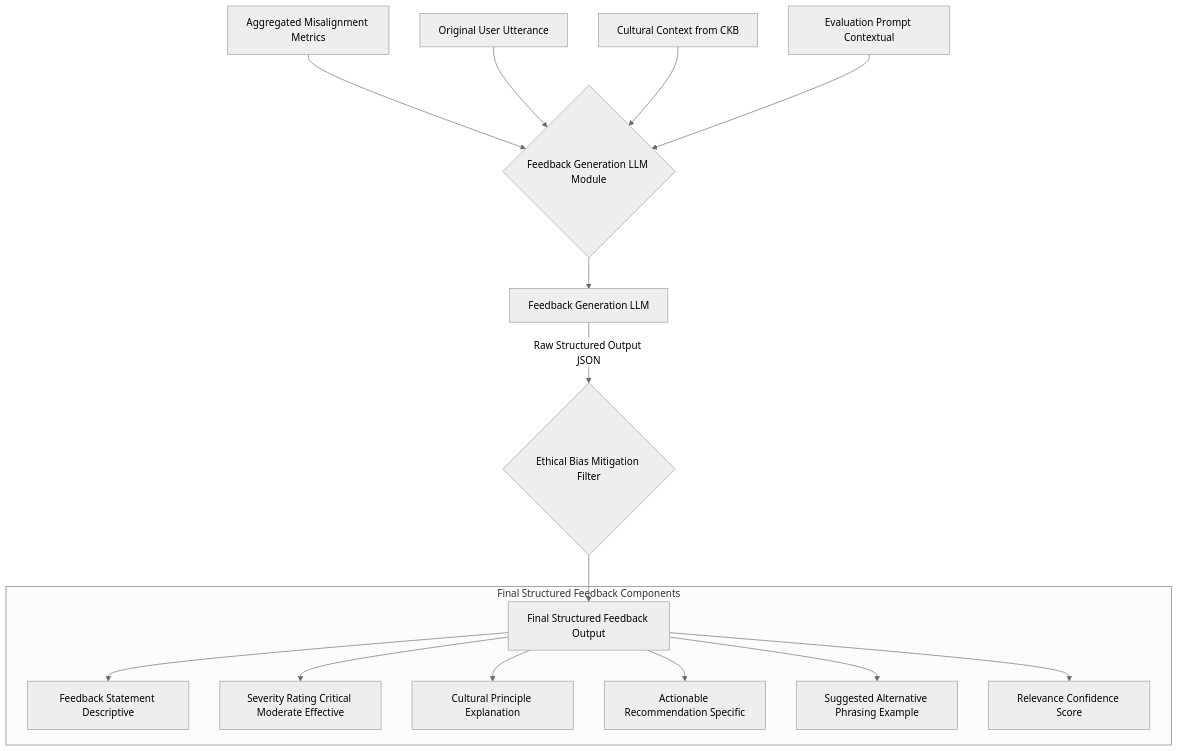
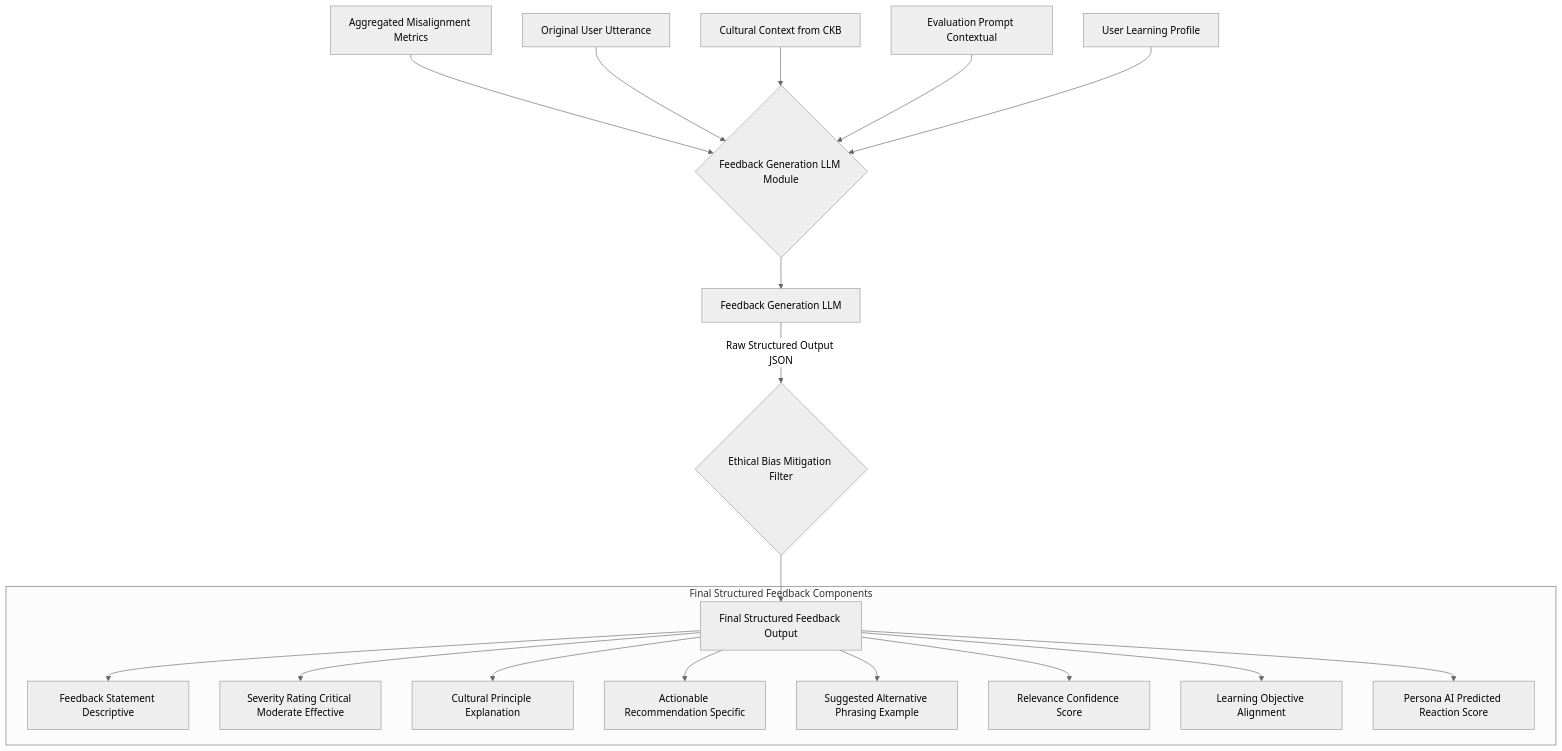
The eighth of 10 diagrams in inventions/inventions/019_cultural_communication_simulation_coach_ai_detailed_spec.md (diplomat-bit/Citibank_Demo_Business_Inc_Demonstration-), drawn with Mermaid (neutral theme) before and after one commit. The commit also changed other lines of this file, not shown here.

Commit message:
[AI] Edit: inventions/inventions/019_cultural_communication_simulation_coach_ai_detailed_spec.md

````diff
--- a/inventions/inventions/019_cultural_communication_simulation_coach_ai_detailed_spec.md
+++ b/inventions/inventions/019_cultural_communication_simulation_coach_ai_detailed_spec.md
@@ -159,21 +467,24 @@
 ```mermaid
 graph TD
     A[Aggregated Misalignment Metrics] --> B{Feedback Generation LLM Module}
     C[Original User Utterance] --> B
     D[Cultural Context from CKB] --> B
     E[Evaluation Prompt Contextual] --> B
+    F[User Learning Profile] --> B
 
-    B --> F[Feedback Generation LLM]
-    F -- Raw Structured Output JSON --> G{Ethical Bias Mitigation Filter}
+    B --> G[Feedback Generation LLM]
+    G -- Raw Structured Output JSON --> H{Ethical Bias Mitigation Filter}
 
-    G --> H[Final Structured Feedback Output]
+    H --> I[Final Structured Feedback Output]
 
     subgraph Final Structured Feedback Components
-        H --> H1[Feedback Statement Descriptive]
-        H --> H2[Severity Rating Critical Moderate Effective]
-        H --> H3[Cultural Principle Explanation]
-        H --> H4[Actionable Recommendation Specific]
-        H --> H5[Suggested Alternative Phrasing Example]
-        H --> H6[Relevance Confidence Score]
+        I --> I1[Feedback Statement Descriptive]
+        I --> I2[Severity Rating Critical Moderate Effective]
+        I --> I3[Cultural Principle Explanation]
+        I --> I4[Actionable Recommendation Specific]
+        I --> I5[Suggested Alternative Phrasing Example]
+        I --> I6[Relevance Confidence Score]
+        I --> I7[Learning Objective Alignment]
+        I --> I8[Persona AI Predicted Reaction Score]
     end
 ```
````
